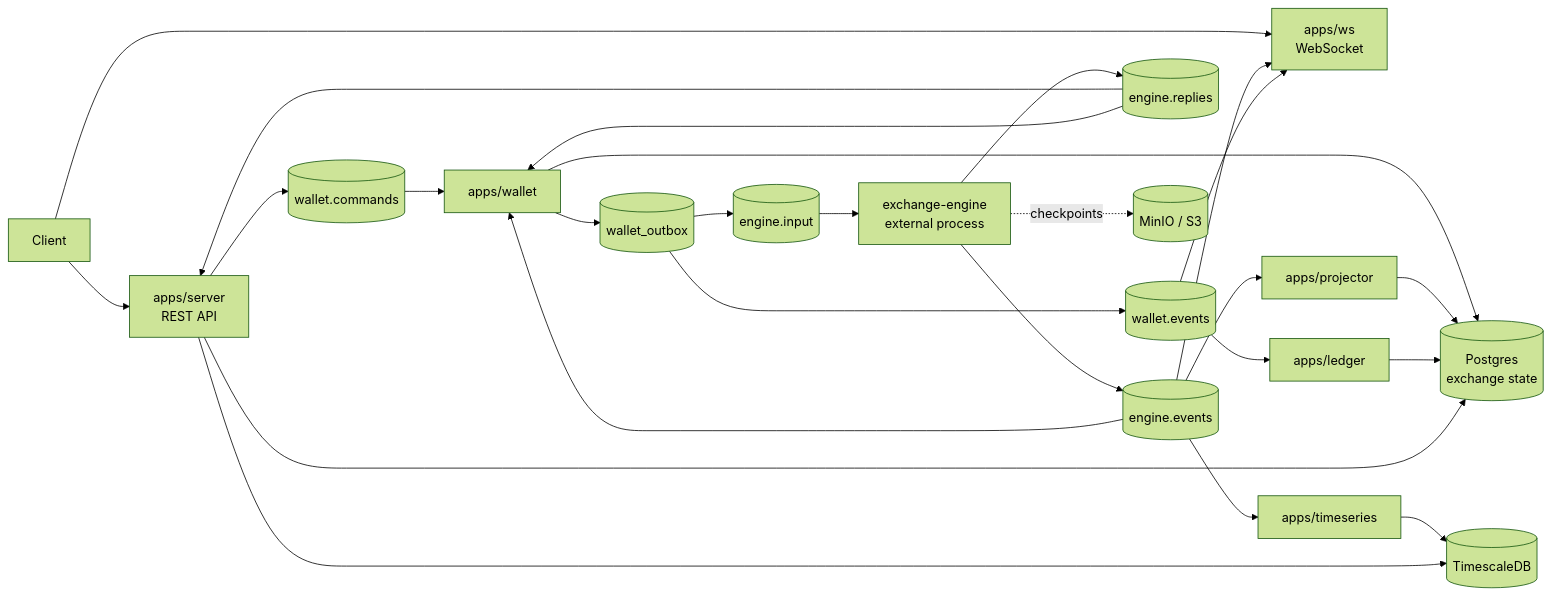
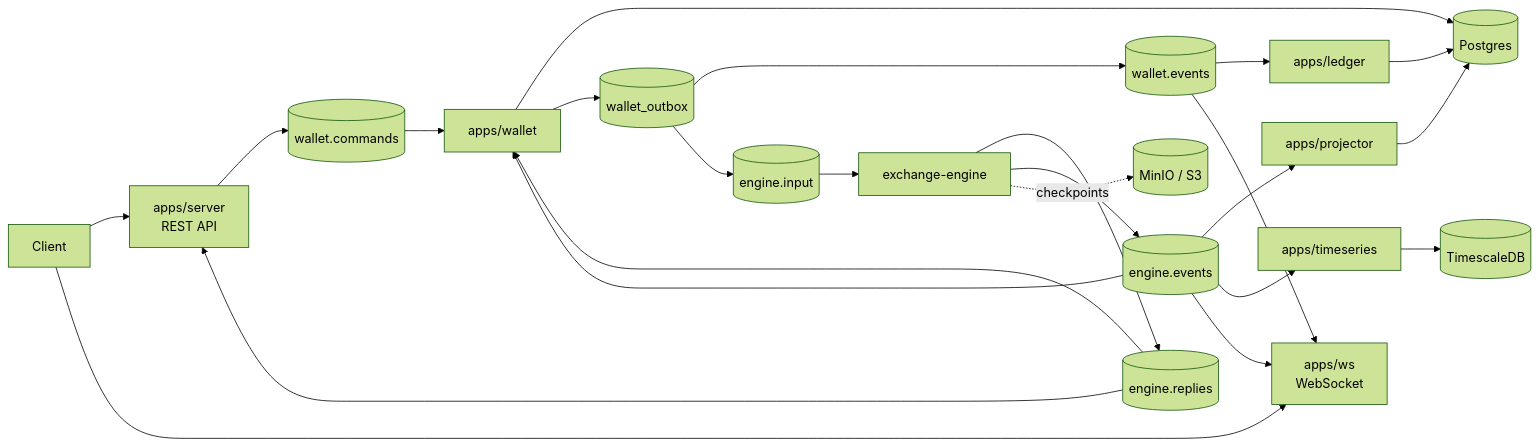
The first of 3 diagrams in README.md (whoisasx/exchange-server), drawn with Mermaid (forest theme) before and after one commit. The commit also changed other lines of this file and 3 other files, not shown here.

````diff
--- a/README.md
+++ b/README.md
@@ -13,34 +12,31 @@
 ```mermaid
 flowchart LR
     client[Client] --> server[apps/server<br/>REST API]
     client --> ws[apps/ws<br/>WebSocket]
 
-    server --> walletCommands[(wallet.commands)]
-    walletCommands --> wallet[apps/wallet]
-    wallet --> pg[(Postgres<br/>exchange state)]
+    server --> commands[(wallet.commands)]
+    commands --> wallet[apps/wallet]
+    wallet --> pg[(Postgres)]
 
-    wallet --> walletOutbox[(wallet_outbox)]
-    walletOutbox --> walletEvents[(wallet.events)]
-    walletOutbox --> engineInput[(engine.input)]
+    wallet --> outbox[(wallet_outbox)]
+    outbox --> walletEvents[(wallet.events)]
+    outbox --> engineInput[(engine.input)]
 
-    engineInput --> engine[exchange-engine<br/>external process]
-    engine --> engineReplies[(engine.replies)]
-    engine --> engineEvents[(engine.events)]
+    engineInput --> engine[exchange-engine]
+    engine --> replies[(engine.replies)]
+    engine --> events[(engine.events)]
 
-    engineReplies --> server
-    engineReplies --> wallet
-    engineEvents --> wallet
-    engineEvents --> projector[apps/projector]
-    engineEvents --> timeseries[apps/timeseries]
-    engineEvents --> ws
+    replies --> server
+    replies --> wallet
+    events --> wallet
+    events --> projector[apps/projector]
+    events --> timeseries[apps/timeseries]
+    events --> ws
     walletEvents --> ledger[apps/ledger]
     walletEvents --> ws
 
     projector --> pg
     ledger --> pg
-    server --> pg
     timeseries --> ts[(TimescaleDB)]
-    server --> ts
-
     engine -. checkpoints .-> s3[(MinIO / S3)]
 ```
````
